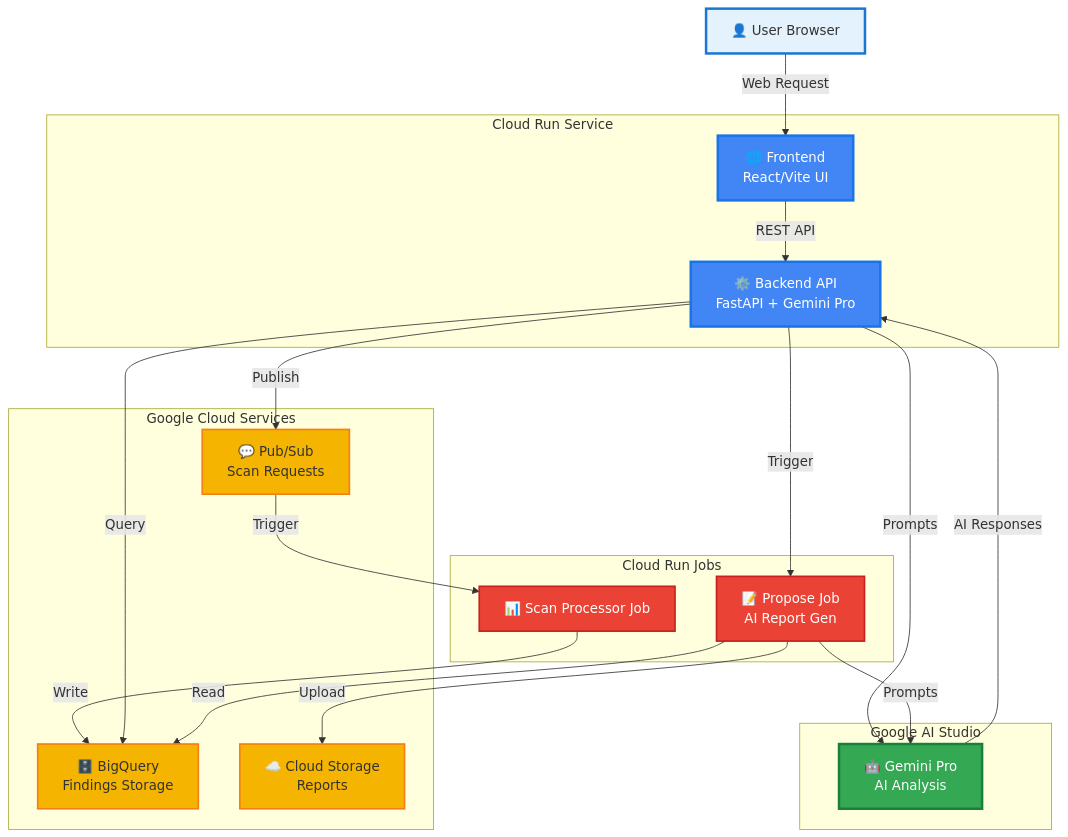
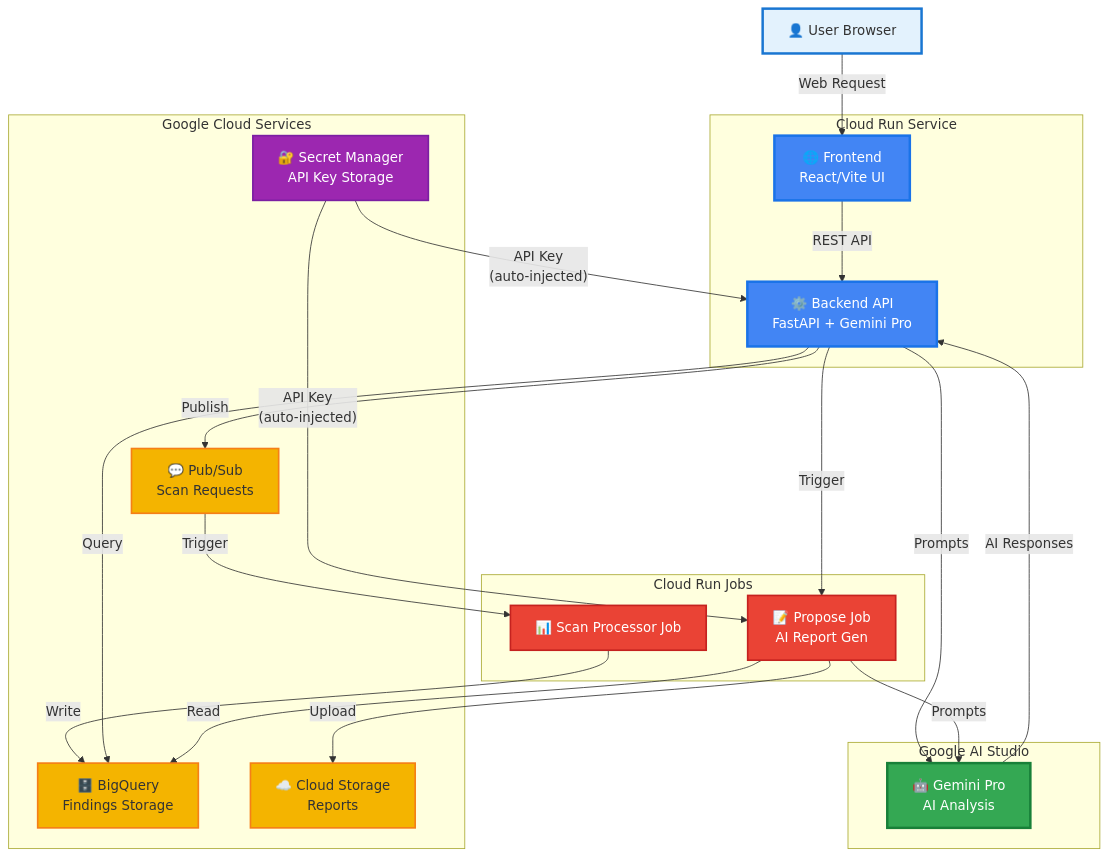
One commit to prabhakaran-jm/zero-trust-explainer changed the diagram in docs/architecture-diagram-full.mmd. Above: the diagram before and after it, drawn with Mermaid. The commit also changed 24 other files, not shown here.

```diff
--- a/docs/architecture-diagram-full.mmd
+++ b/docs/architecture-diagram-full.mmd
@@ -1,51 +1,56 @@
 graph TB
     User[👤 User Browser]
 
     subgraph "Cloud Run Service"
         Frontend[🌐 Frontend<br/>React/Vite UI]
         Backend[⚙️ Backend API<br/>FastAPI + Gemini Pro]
     end
 
     subgraph "Google AI Studio"
         Gemini[🤖 Gemini Pro<br/>AI Analysis]
     end
 
     subgraph "Google Cloud Services"
         PubSub[💬 Pub/Sub<br/>Scan Requests]
         BigQuery[🗄️ BigQuery<br/>Findings Storage]
         GCS[☁️ Cloud Storage<br/>Reports]
+        Secrets[🔐 Secret Manager<br/>API Key Storage]
     end
 
     subgraph "Cloud Run Jobs"
         ScanJob[📊 Scan Processor Job]
         ProposeJob[📝 Propose Job<br/>AI Report Gen]
     end
 
     %% Main flow
     User -->|"Web Request"| Frontend
     Frontend -->|REST API| Backend
     Backend -->|"Prompts"| Gemini
     Gemini -->|AI Responses| Backend
     
     %% Data flows
+    Secrets -->|"API Key<br/>(auto-injected)"| Backend
+    Secrets -->|"API Key<br/>(auto-injected)"| ProposeJob
     Backend -->|Publish| PubSub
     PubSub -->|Trigger| ScanJob
     ScanJob -->|Write| BigQuery
     Backend -->|Query| BigQuery
     Backend -->|Trigger| ProposeJob
     ProposeJob -->|Read| BigQuery
     ProposeJob -->|Prompts| Gemini
     ProposeJob -->|Upload| GCS
     
     %% Styling - Google Cloud colors
     classDef userStyle fill:#E3F2FD,stroke:#1976D2,stroke-width:3px
     classDef cloudRunStyle fill:#4285F4,stroke:#1A73E8,stroke-width:3px,color:#fff
     classDef aiStyle fill:#34A853,stroke:#188038,stroke-width:3px,color:#fff
+    classDef secretStyle fill:#9C27B0,stroke:#7B1FA2,stroke-width:2px,color:#fff
     classDef dataStyle fill:#F4B400,stroke:#F57F17,stroke-width:2px
     classDef jobStyle fill:#EA4335,stroke:#C5221F,stroke-width:2px,color:#fff
     
     class User userStyle
     class Frontend,Backend cloudRunStyle
     class Gemini aiStyle
+    class Secrets secretStyle
     class PubSub,BigQuery,GCS dataStyle
     class ScanJob,ProposeJob jobStyle
```
